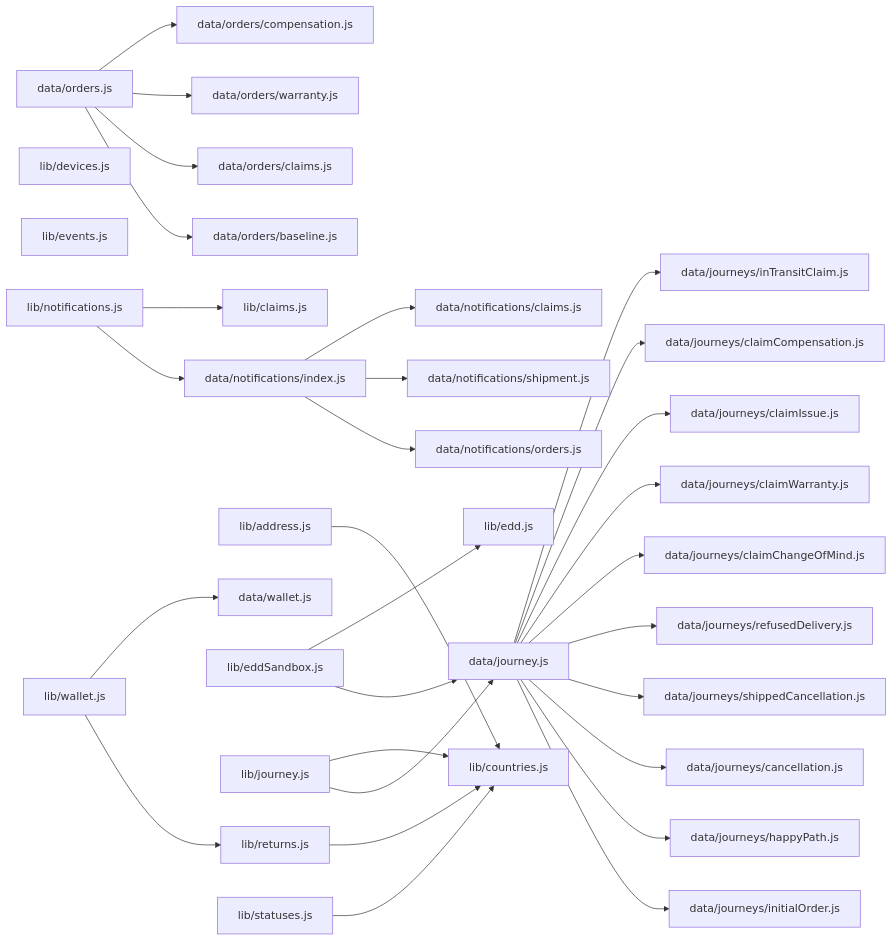
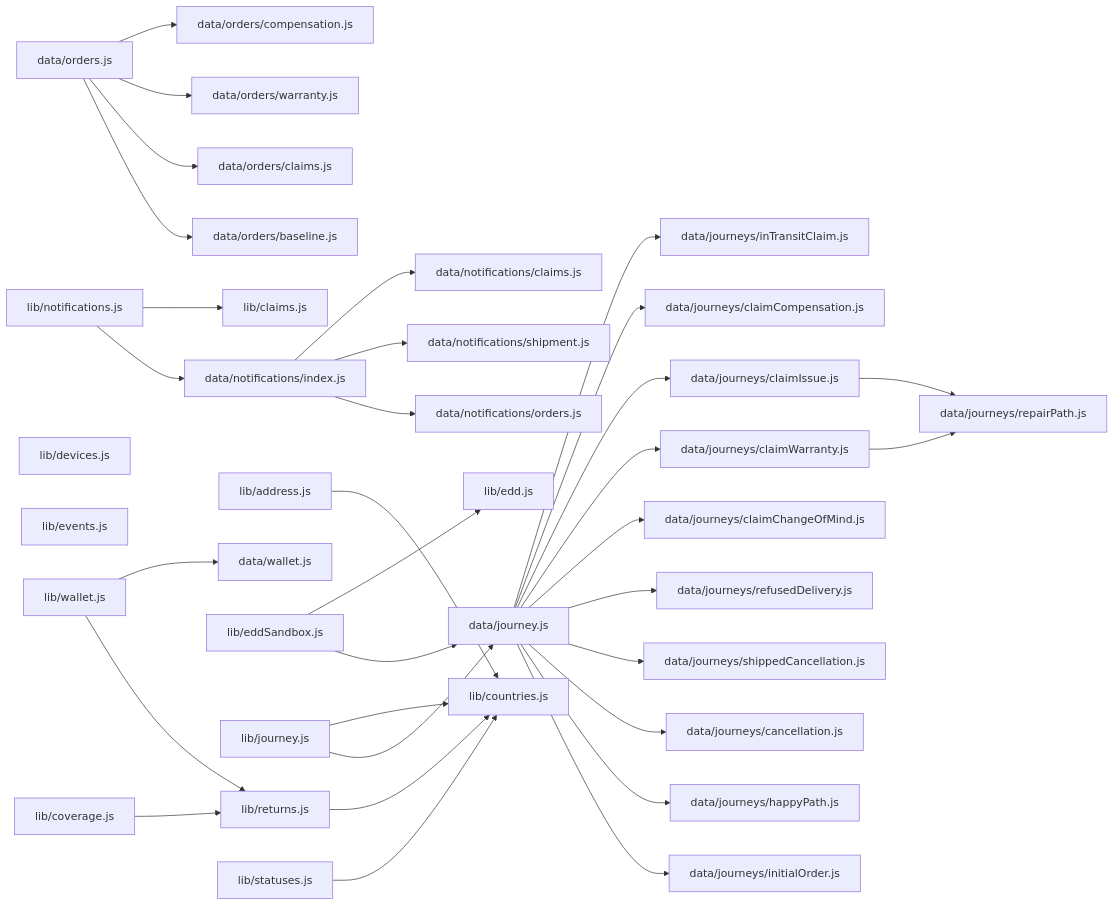
One commit to andrea-revibe/my-account-redesign-v2 changed the diagram in docs/code_map.md. Above: the diagram before and after it, drawn with Mermaid. The commit also changed other lines of this file and 23 other files, not shown here.

````diff
--- a/docs/code_map.md
+++ b/docs/code_map.md
@@ -237,64 +249,69 @@
 ```mermaid
 graph LR
   data_journey_js["data/journey.js"]
   data_journeys_cancellation_js["data/journeys/cancellation.js"]
   data_journeys_claimChangeOfMind_js["data/journeys/claimChangeOfMind.js"]
   data_journeys_claimCompensation_js["data/journeys/claimCompensation.js"]
   data_journeys_claimIssue_js["data/journeys/claimIssue.js"]
   data_journeys_claimWarranty_js["data/journeys/claimWarranty.js"]
   data_journeys_happyPath_js["data/journeys/happyPath.js"]
   data_journeys_inTransitClaim_js["data/journeys/inTransitClaim.js"]
   data_journeys_initialOrder_js["data/journeys/initialOrder.js"]
   data_journeys_refusedDelivery_js["data/journeys/refusedDelivery.js"]
+  data_journeys_repairPath_js["data/journeys/repairPath.js"]
   data_journeys_shippedCancellation_js["data/journeys/shippedCancellation.js"]
   data_notifications_claims_js["data/notifications/claims.js"]
   data_notifications_index_js["data/notifications/index.js"]
   data_notifications_orders_js["data/notifications/orders.js"]
   data_notifications_shipment_js["data/notifications/shipment.js"]
   data_orders_js["data/orders.js"]
   data_orders_baseline_js["data/orders/baseline.js"]
   data_orders_claims_js["data/orders/claims.js"]
   data_orders_compensation_js["data/orders/compensation.js"]
   data_orders_warranty_js["data/orders/warranty.js"]
   data_wallet_js["data/wallet.js"]
   lib_address_js["lib/address.js"]
   lib_claims_js["lib/claims.js"]
   lib_countries_js["lib/countries.js"]
+  lib_coverage_js["lib/coverage.js"]
   lib_devices_js["lib/devices.js"]
   lib_edd_js["lib/edd.js"]
   lib_eddSandbox_js["lib/eddSandbox.js"]
   lib_events_js["lib/events.js"]
   lib_journey_js["lib/journey.js"]
   lib_notifications_js["lib/notifications.js"]
   lib_returns_js["lib/returns.js"]
   lib_statuses_js["lib/statuses.js"]
   lib_wallet_js["lib/wallet.js"]
   data_journey_js --> data_journeys_initialOrder_js
   data_journey_js --> data_journeys_happyPath_js
   data_journey_js --> data_journeys_cancellation_js
   data_journey_js --> data_journeys_shippedCancellation_js
   data_journey_js --> data_journeys_refusedDelivery_js
   data_journey_js --> data_journeys_claimChangeOfMind_js
   data_journey_js --> data_journeys_claimWarranty_js
   data_journey_js --> data_journeys_claimIssue_js
   data_journey_js --> data_journeys_claimCompensation_js
   data_journey_js --> data_journeys_inTransitClaim_js
+  data_journeys_claimIssue_js --> data_journeys_repairPath_js
+  data_journeys_claimWarranty_js --> data_journeys_repairPath_js
   data_notifications_index_js --> data_notifications_orders_js
   data_notifications_index_js --> data_notifications_shipment_js
   data_notifications_index_js --> data_notifications_claims_js
   data_orders_js --> data_orders_baseline_js
   data_orders_js --> data_orders_claims_js
   data_orders_js --> data_orders_warranty_js
   data_orders_js --> data_orders_compensation_js
   lib_address_js --> lib_countries_js
+  lib_coverage_js --> lib_returns_js
   lib_eddSandbox_js --> data_journey_js
   lib_eddSandbox_js --> lib_edd_js
   lib_journey_js --> data_journey_js
   lib_journey_js --> lib_countries_js
   lib_notifications_js --> data_notifications_index_js
   lib_notifications_js --> lib_claims_js
   lib_returns_js --> lib_countries_js
   lib_statuses_js --> lib_countries_js
   lib_wallet_js --> lib_returns_js
   lib_wallet_js --> data_wallet_js
 ```
````
